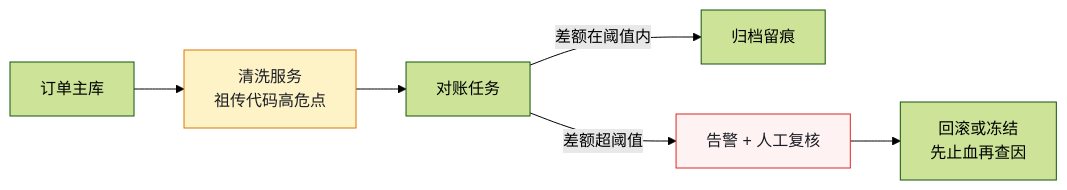
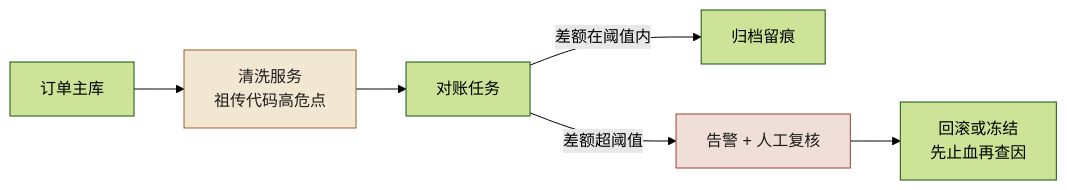
Before and after one commit to funny8kids/AI_Native_Software_Engineering: the second of 3 diagrams in docs/manuscript/ch10-第5章-大规模考古画图.md, drawn with Mermaid (forest theme). The commit also changed other lines of this file and 81 other files, not shown here.

````diff
--- a/docs/manuscript/ch10-第5章-大规模考古画图.md
+++ b/docs/manuscript/ch10-第5章-大规模考古画图.md
@@ -86,10 +93,10 @@
 ```mermaid
 flowchart LR
   S["订单主库"] --> W["清洗服务<br/>祖传代码高危点"]
   W --> R["对账任务"]
   R -->|差额在阈值内| OK["归档留痕"]
   R -->|差额超阈值| AL["告警 + 人工复核"]
   AL --> RB["回滚或冻结<br/>先止血再查因"]
-  style W fill:#fef3c7,stroke:#d97706,color:#1a1d23
-  style AL fill:#fef2f2,stroke:#dc2626,color:#1a1d23
+  style W fill:#f2e7d3,stroke:#9d6127,color:#1e1c19
+  style AL fill:#f0dfd9,stroke:#a03b31,color:#1e1c19
 ```
````
